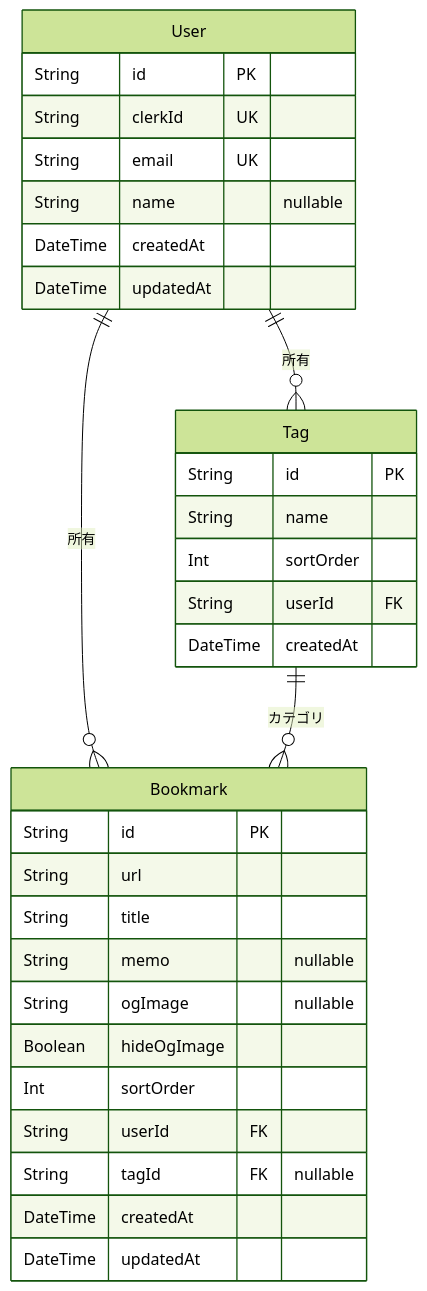
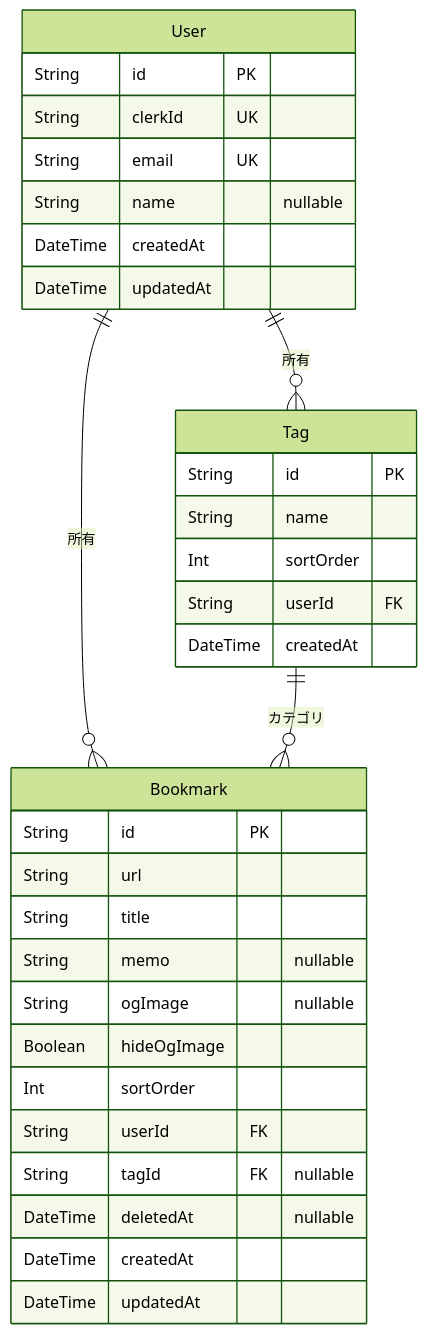
One commit to ot-nemoto/link-hub changed the diagram in docs/schema.md. Above: the diagram before and after it, drawn with Mermaid (forest theme). The commit also changed other lines of this file and 17 other files, not shown here.

````diff
--- a/docs/schema.md
+++ b/docs/schema.md
@@ -71,35 +72,36 @@
 ```mermaid
 erDiagram
     User {
         String id PK
         String clerkId UK
         String email UK
         String name "nullable"
         DateTime createdAt
         DateTime updatedAt
     }
     Bookmark {
         String id PK
         String url
         String title
         String memo "nullable"
         String ogImage "nullable"
         Boolean hideOgImage
         Int sortOrder
         String userId FK
         String tagId FK "nullable"
+        DateTime deletedAt "nullable"
         DateTime createdAt
         DateTime updatedAt
     }
     Tag {
         String id PK
         String name
         Int sortOrder
         String userId FK
         DateTime createdAt
     }
 
     User ||--o{ Bookmark : "所有"
     User ||--o{ Tag : "所有"
     Tag ||--o{ Bookmark : "カテゴリ"
 ```
````
